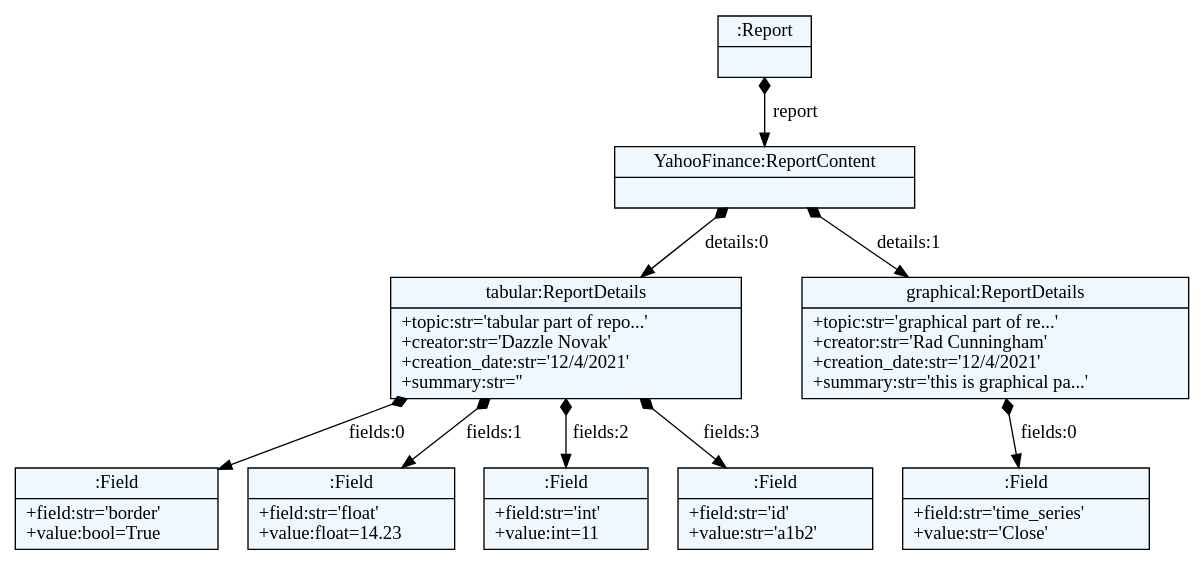
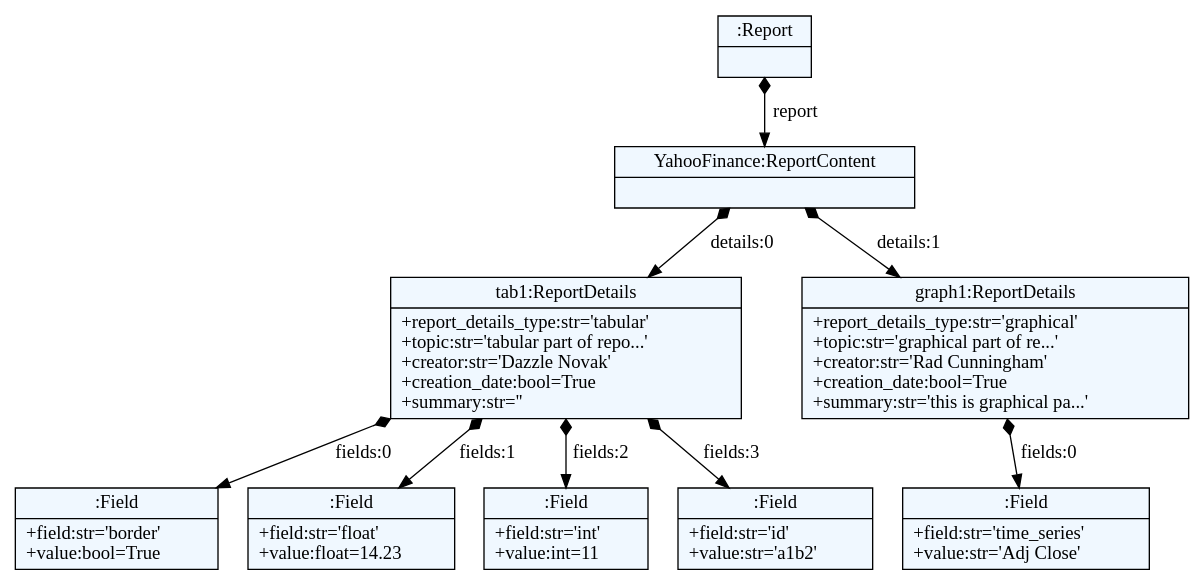
The diagram in report/dotexport/report_model.dot (DusanStevic/textx-lang-quant), drawn with Graphviz before and after one commit. The commit also changed 11 other files, not shown here.

```diff
--- a/report/dotexport/report_model.dot
+++ b/report/dotexport/report_model.dot
@@ -1,32 +1,32 @@
 
     digraph textX {
     fontname = "Bitstream Vera Sans"
     fontsize = 8
     node[
         shape=record,
         style=filled,
         fillcolor=aliceblue
     ]
     nodesep = 0.3
     edge[dir=black,arrowtail=empty]
 
 
-57727184 -> 57661256 [label="report" arrowtail=diamond dir=both]
-57661256 -> 57883112 [label="details:0" arrowtail=diamond dir=both]
-57883112 -> 57883504 [label="fields:0" arrowtail=diamond dir=both]
-57883504[label="{:Field|+field:str='border'\l+value:bool=True\l}"]
-57883112 -> 57872456 [label="fields:1" arrowtail=diamond dir=both]
-57872456[label="{:Field|+field:str='float'\l+value:float=14.23\l}"]
-57883112 -> 57883560 [label="fields:2" arrowtail=diamond dir=both]
-57883560[label="{:Field|+field:str='int'\l+value:int=11\l}"]
-57883112 -> 57883616 [label="fields:3" arrowtail=diamond dir=both]
-57883616[label="{:Field|+field:str='id'\l+value:str='a1b2'\l}"]
-57883112[label="{tabular:ReportDetails|+topic:str='tabular part of repo...'\l+creator:str='Dazzle Novak'\l+creation_date:str='12/4/2021'\l+summary:str=''\l}"]
-57661256 -> 57883392 [label="details:1" arrowtail=diamond dir=both]
-57883392 -> 57883672 [label="fields:0" arrowtail=diamond dir=both]
-57883672[label="{:Field|+field:str='time_series'\l+value:str='Close'\l}"]
-57883392[label="{graphical:ReportDetails|+topic:str='graphical part of re...'\l+creator:str='Rad Cunningham'\l+creation_date:str='12/4/2021'\l+summary:str='this is graphical pa...'\l}"]
-57661256[label="{YahooFinance:ReportContent|}"]
-57727184[label="{:Report|}"]
+57958184 -> 57958072 [label="report" arrowtail=diamond dir=both]
+57958072 -> 57963352 [label="details:0" arrowtail=diamond dir=both]
+57963352 -> 57963240 [label="fields:0" arrowtail=diamond dir=both]
+57963240[label="{:Field|+field:str='border'\l+value:bool=True\l}"]
+57963352 -> 57963576 [label="fields:1" arrowtail=diamond dir=both]
+57963576[label="{:Field|+field:str='float'\l+value:float=14.23\l}"]
+57963352 -> 57963688 [label="fields:2" arrowtail=diamond dir=both]
+57963688[label="{:Field|+field:str='int'\l+value:int=11\l}"]
+57963352 -> 57963744 [label="fields:3" arrowtail=diamond dir=both]
+57963744[label="{:Field|+field:str='id'\l+value:str='a1b2'\l}"]
+57963352[label="{tab1:ReportDetails|+report_details_type:str='tabular'\l+topic:str='tabular part of repo...'\l+creator:str='Dazzle Novak'\l+creation_date:bool=True\l+summary:str=''\l}"]
+57958072 -> 57963520 [label="details:1" arrowtail=diamond dir=both]
+57963520 -> 57963856 [label="fields:0" arrowtail=diamond dir=both]
+57963856[label="{:Field|+field:str='time_series'\l+value:str='Adj Close'\l}"]
+57963520[label="{graph1:ReportDetails|+report_details_type:str='graphical'\l+topic:str='graphical part of re...'\l+creator:str='Rad Cunningham'\l+creation_date:bool=True\l+summary:str='this is graphical pa...'\l}"]
+57958072[label="{YahooFinance:ReportContent|}"]
+57958184[label="{:Report|}"]
 
 }
```
